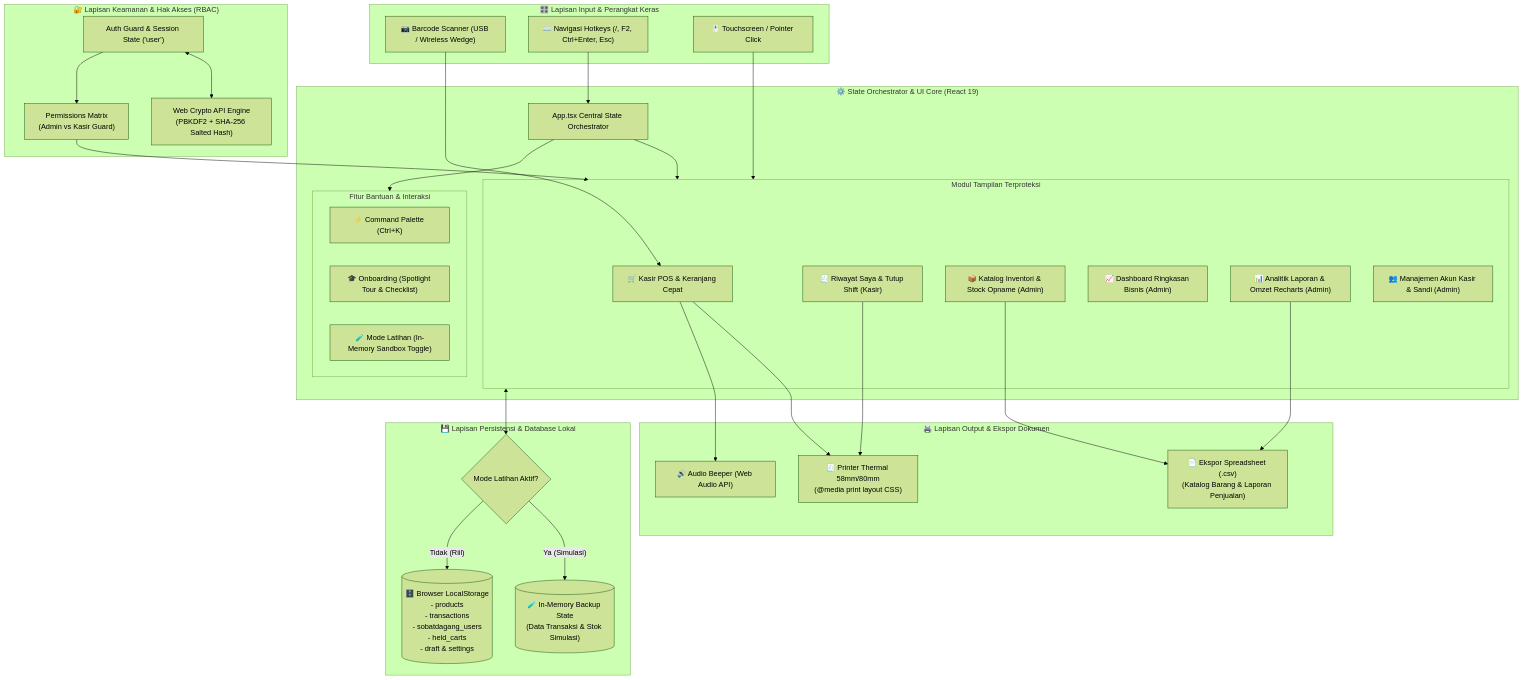
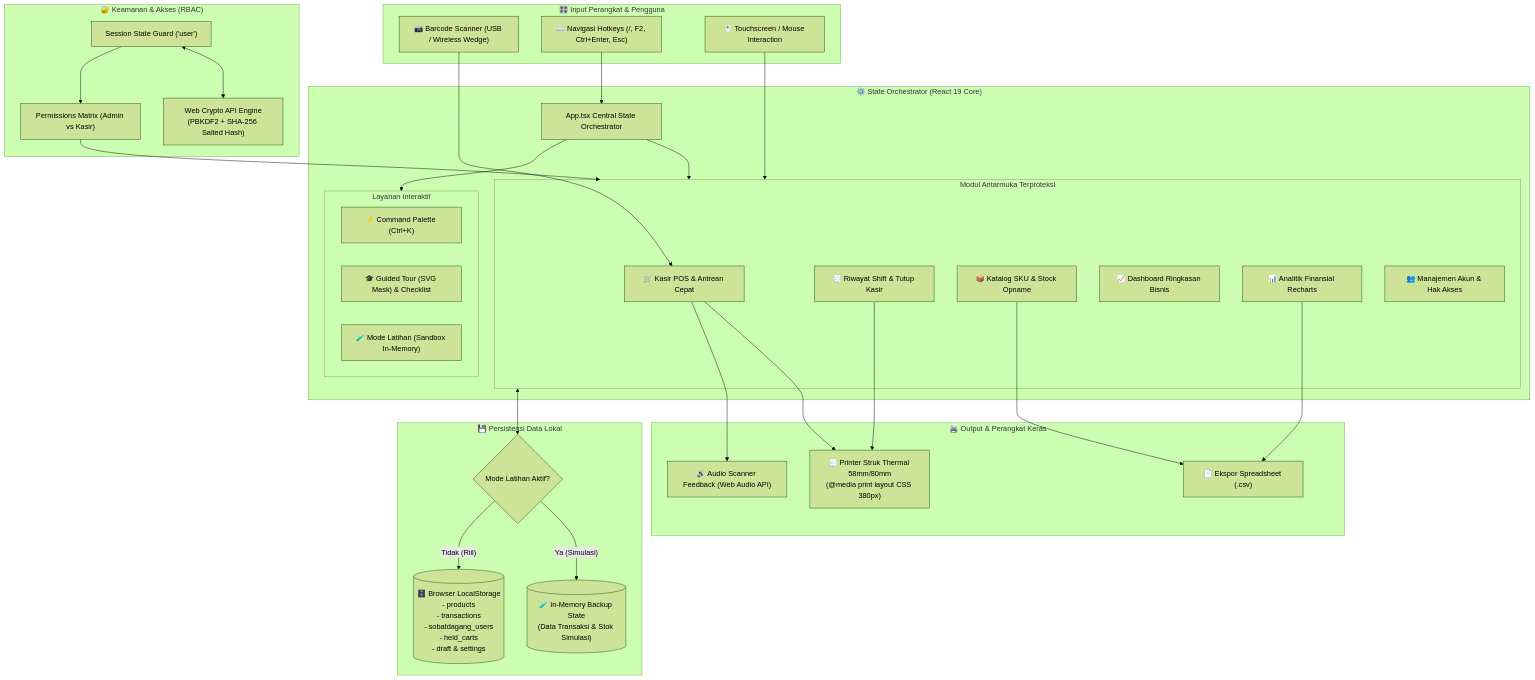
One commit to agungrmdniiii/Sobat-Dagang changed the diagram in README.md. Above: the diagram before and after it, drawn with Mermaid (forest theme). The commit also changed other lines of this file and 1 other file, not shown here.

````diff
--- a/README.md
+++ b/README.md
@@ -51,66 +126,66 @@
 ```mermaid
 flowchart TB
-    subgraph Input_Layer["🎛️ Lapisan Input & Perangkat Keras"]
+    subgraph Input_Layer["🎛️ Input Perangkat & Pengguna"]
         Scanner["📷 Barcode Scanner (USB / Wireless Wedge)"]
         Keyboard["⌨️ Navigasi Hotkeys (/, F2, Ctrl+Enter, Esc)"]
-        Mouse["🖱️ Touchscreen / Pointer Click"]
+        Pointer["🖱️ Touchscreen / Mouse Interaction"]
     end
 
-    subgraph Security_Layer["🔐 Lapisan Keamanan & Hak Akses (RBAC)"]
-        AuthGuard["Auth Guard & Session State ('user')"]
-        CryptoSubtle["Web Crypto API Engine\n(PBKDF2 + SHA-256 Salted Hash)"]
-        RoutePermissions["Permissions Matrix\n(Admin vs Kasir Guard)"]
-        AuthGuard <--> CryptoSubtle
-        AuthGuard --> RoutePermissions
+    subgraph Security_Layer["🔐 Keamanan & Akses (RBAC)"]
+        SessionGuard["Session State Guard ('user')"]
+        WebCryptoEngine["Web Crypto API Engine\n(PBKDF2 + SHA-256 Salted Hash)"]
+        RouteMatrix["Permissions Matrix (Admin vs Kasir)"]
+        SessionGuard <--> WebCryptoEngine
+        SessionGuard --> RouteMatrix
     end
 
-    subgraph Core_Engine["⚙️ State Orchestrator & UI Core (React 19)"]
-        AppOrchestrator["App.tsx Central State Orchestrator"]
+    subgraph Core_Engine["⚙️ State Orchestrator (React 19 Core)"]
+        CentralState["App.tsx Central State Orchestrator"]
         
-        subgraph Views["Modul Tampilan Terproteksi"]
-            POSView["🛒 Kasir POS & Keranjang Cepat"]
-            MyHistoryView["🧾 Riwayat Saya & Tutup Shift (Kasir)"]
-            InventoryView["📦 Katalog Inventori & Stock Opname (Admin)"]
-            DashboardView["📈 Dashboard Ringkasan Bisnis (Admin)"]
-            ReportsView["📊 Analitik Laporan & Omzet Recharts (Admin)"]
-            UsersView["👥 Manajemen Akun Kasir & Sandi (Admin)"]
+        subgraph Views["Modul Antarmuka Terproteksi"]
+            POSView["🛒 Kasir POS & Antrean Cepat"]
+            MyHistoryView["🧾 Riwayat Shift & Tutup Kasir"]
+            InventoryView["📦 Katalog SKU & Stock Opname"]
+            DashboardView["📈 Dashboard Ringkasan Bisnis"]
+            ReportsView["📊 Analitik Finansial Recharts"]
+            UsersView["👥 Manajemen Akun & Hak Akses"]
         end
 
-        subgraph Support_Features["Fitur Bantuan & Interaksi"]
+        subgraph Support_Services["Layanan Interaktif"]
             CommandPalette["⚡ Command Palette (Ctrl+K)"]
-            OnboardingEngine["🎓 Onboarding (Spotlight Tour & Checklist)"]
-            PracticeToggle["🧪 Mode Latihan (In-Memory Sandbox Toggle)"]
+            OnboardingEngine["🎓 Guided Tour (SVG Mask) & Checklist"]
+            PracticeToggle["🧪 Mode Latihan (Sandbox In-Memory)"]
         end
     end
 
-    subgraph Storage_Layer["💾 Lapisan Persistensi & Database Lokal"]
+    subgraph Storage_Layer["💾 Persistensi Data Lokal"]
         StorageSwitch{"Mode Latihan Aktif?"}
         MemorySandbox[("🧪 In-Memory Backup State\n(Data Transaksi & Stok Simulasi)")]
         LocalStorageDB[("🗄️ Browser LocalStorage\n- products\n- transactions\n- sobatdagang_users\n- held_carts\n- draft & settings")]
     end
 
-    subgraph Output_Layer["🖨️ Lapisan Output & Ekspor Dokumen"]
-        ThermalReceipt["🧾 Printer Thermal 58mm/80mm\n(@media print layout CSS)"]
-        CSVExport["📄 Ekspor Spreadsheet (.csv)\n(Katalog Barang & Laporan Penjualan)"]
-        SoundFX["🔊 Audio Beeper (Web Audio API)"]
+    subgraph Output_Layer["🖨️ Output & Perangkat Keras"]
+        ThermalReceipt["🧾 Printer Struk Thermal 58mm/80mm\n(@media print layout CSS 380px)"]
+        CSVExport["📄 Ekspor Spreadsheet (.csv)"]
+        AudioBeep["🔊 Audio Scanner Feedback (Web Audio API)"]
     end
 
-    %% Relasi Alur
+    %% Relasi
     Scanner --> POSView
-    Keyboard --> AppOrchestrator
-    Mouse --> Views
+    Keyboard --> CentralState
+    Pointer --> Views
 
-    RoutePermissions --> Views
-    AppOrchestrator --> Views
-    AppOrchestrator --> Support_Features
+    RouteMatrix --> Views
+    CentralState --> Views
+    CentralState --> Support_Services
 
     Views <--> StorageSwitch
     StorageSwitch -- "Ya (Simulasi)" --> MemorySandbox
     StorageSwitch -- "Tidak (Riil)" --> LocalStorageDB
 
     POSView --> ThermalReceipt
-    POSView --> SoundFX
+    POSView --> AudioBeep
     MyHistoryView --> ThermalReceipt
     InventoryView --> CSVExport
     ReportsView --> CSVExport
 ```
````
